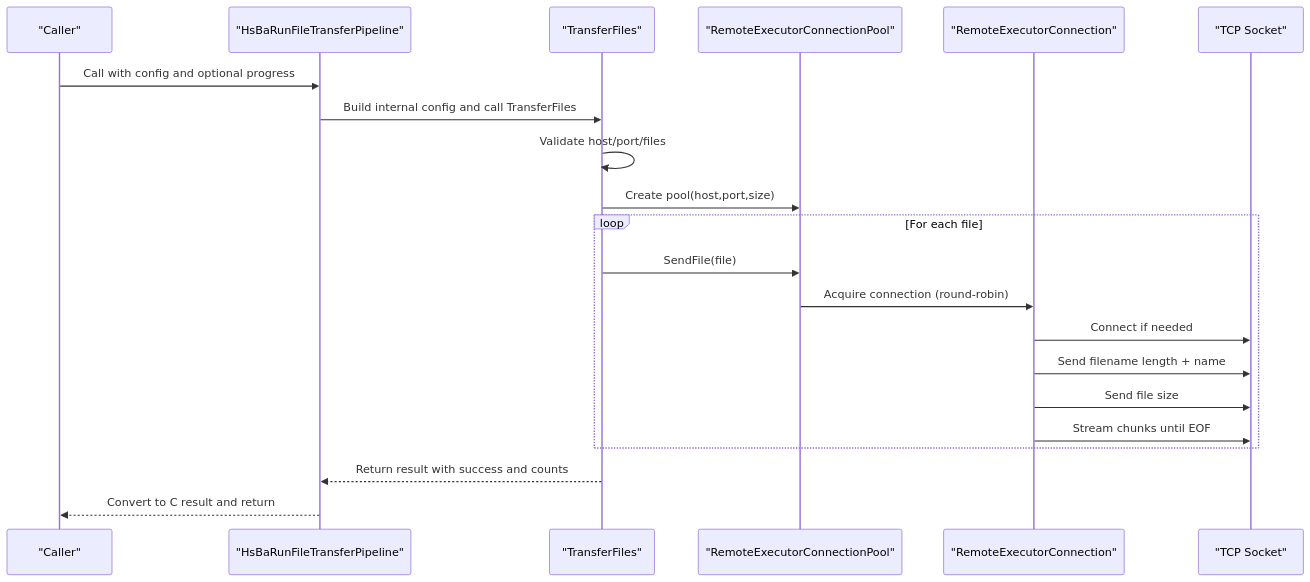
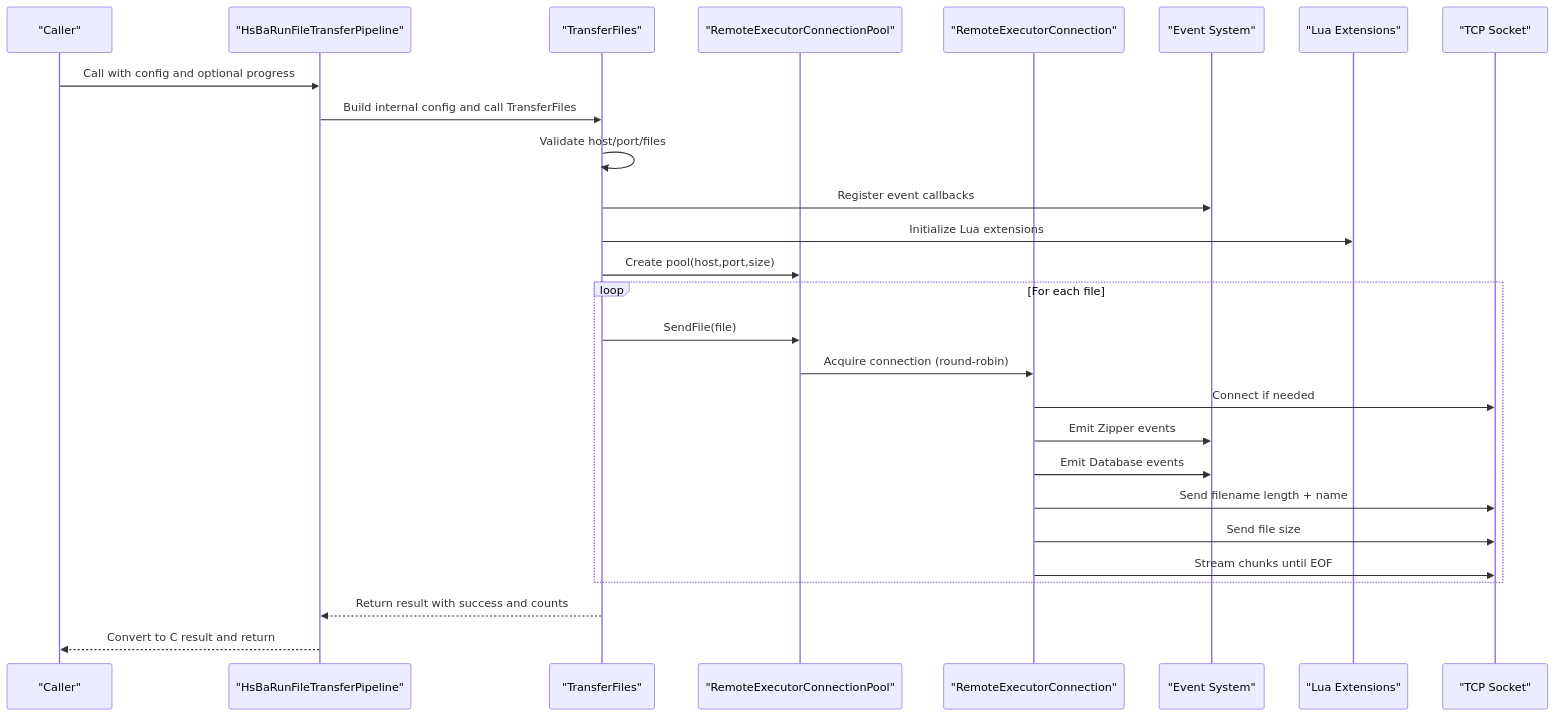
One commit to hsmbanlance/HsBaSlicer changed the second of 8 diagrams in .qoder/repowiki/en/content/Core Architecture/File Transfer Pipeline System.md. Above: the diagram before and after it, drawn with Mermaid. The commit also changed other lines of this file and 31 other files, not shown here.

First line of the commit message:
docs(architecture): 更新文档以包含事件处理系统和动态库测试

````diff
--- a/.qoder/repowiki/en/content/Core Architecture/File Transfer Pipeline System.md
+++ b/.qoder/repowiki/en/content/Core Architecture/File Transfer Pipeline System.md
@@ -121,23 +162,29 @@
 ```mermaid
 sequenceDiagram
 participant Caller as "Caller"
 participant CAPI as "HsBaRunFileTransferPipeline"
 participant Core as "TransferFiles"
 participant Pool as "RemoteExecutorConnectionPool"
 participant Conn as "RemoteExecutorConnection"
+participant EventSys as "Event System"
+participant LuaExt as "Lua Extensions"
 participant Net as "TCP Socket"
 Caller->>CAPI : Call with config and optional progress
 CAPI->>Core : Build internal config and call TransferFiles
 Core->>Core : Validate host/port/files
+Core->>EventSys : Register event callbacks
+Core->>LuaExt : Initialize Lua extensions
 Core->>Pool : Create pool(host,port,size)
 loop For each file
 Core->>Pool : SendFile(file)
 Pool->>Conn : Acquire connection (round-robin)
 Conn->>Net : Connect if needed
+Conn->>EventSys : Emit Zipper events
+Conn->>EventSys : Emit Database events
 Conn->>Net : Send filename length + name
 Conn->>Net : Send file size
 Conn->>Net : Stream chunks until EOF
 end
 Core-->>CAPI : Return result with success and counts
 CAPI-->>Caller : Convert to C result and return
 ```
````
